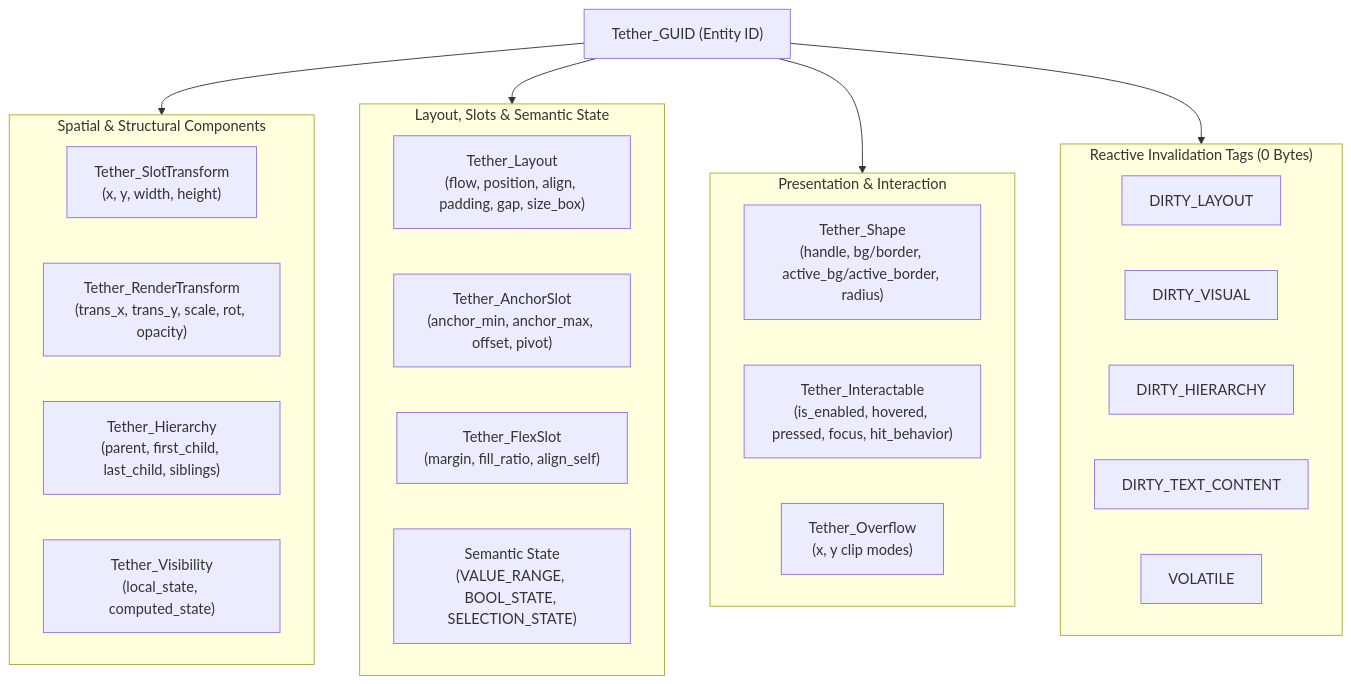
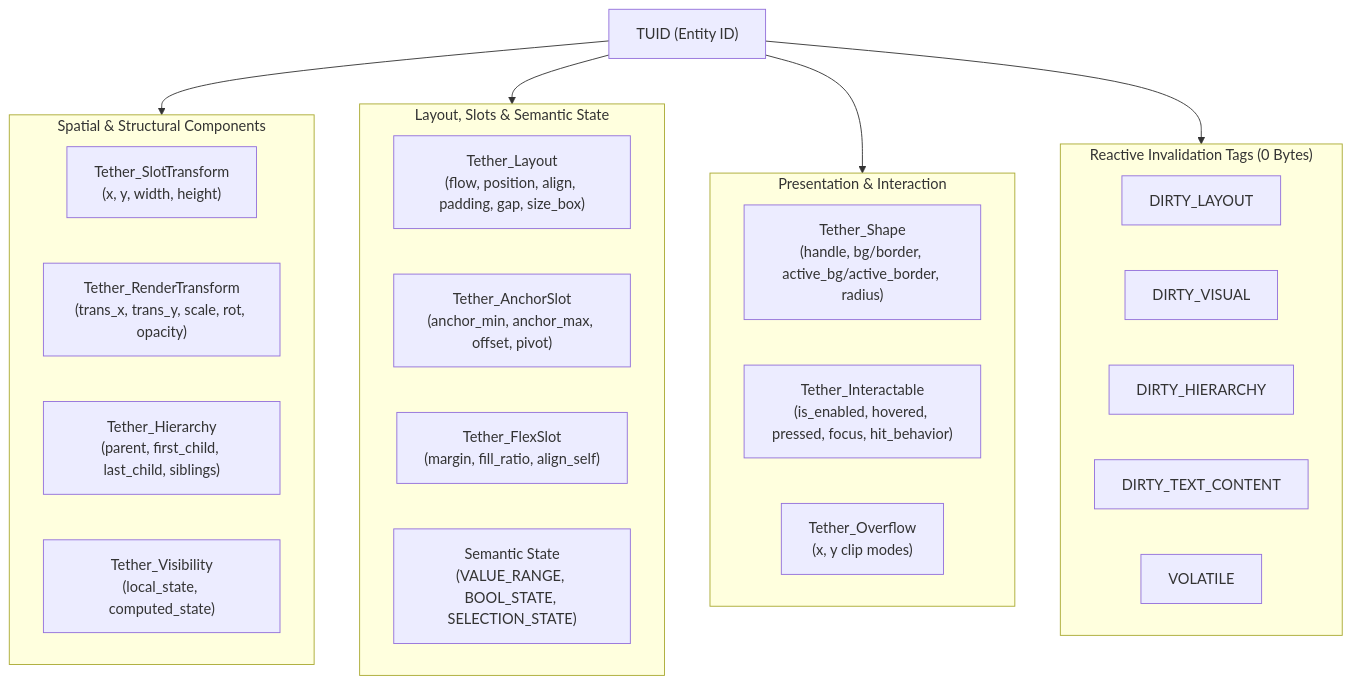
Before and after one commit to Yuvi-GD/Tether: the first of 5 diagrams in docs/technical/04_components_and_invalidation.md, drawn with Mermaid. The commit also changed other lines of this file and 84 other files, not shown here.

Commit message:
refactor(core): rename Tether_GUID to TUID across codebase and documentation

````diff
--- a/docs/technical/04_components_and_invalidation.md
+++ b/docs/technical/04_components_and_invalidation.md
@@ -39,37 +39,37 @@
 ```mermaid
 flowchart TD
-    Entity["Tether_GUID (Entity ID)"]
+    Entity["TUID (Entity ID)"]
     
     subgraph CoreSpatial["Spatial & Structural Components"]
         ST["Tether_SlotTransform\n(x, y, width, height)"]
         RT["Tether_RenderTransform\n(trans_x, trans_y, scale, rot, opacity)"]
         H["Tether_Hierarchy\n(parent, first_child, last_child, siblings)"]
         V["Tether_Visibility\n(local_state, computed_state)"]
     end
 
     subgraph LayoutBehavior["Layout, Slots & Semantic State"]
         L["Tether_Layout\n(flow, position, align, padding, gap, size_box)"]
         AS["Tether_AnchorSlot\n(anchor_min, anchor_max, offset, pivot)"]
         FS["Tether_FlexSlot\n(margin, fill_ratio, align_self)"]
         SEM["Semantic State\n(VALUE_RANGE, BOOL_STATE, SELECTION_STATE)"]
     end
 
     subgraph PresentationInput["Presentation & Interaction"]
         SH["Tether_Shape\n(handle, bg/border, active_bg/active_border, radius)"]
         IN["Tether_Interactable\n(is_enabled, hovered, pressed, focus, hit_behavior)"]
         OF["Tether_Overflow\n(x, y clip modes)"]
     end
 
     subgraph InvalidationTags["Reactive Invalidation Tags (0 Bytes)"]
         DL["DIRTY_LAYOUT"]
         DV["DIRTY_VISUAL"]
         DH["DIRTY_HIERARCHY"]
         DTC["DIRTY_TEXT_CONTENT"]
         VOL["VOLATILE"]
     end
 
     Entity --> CoreSpatial
     Entity --> LayoutBehavior
     Entity --> PresentationInput
     Entity --> InvalidationTags
 ```
````
